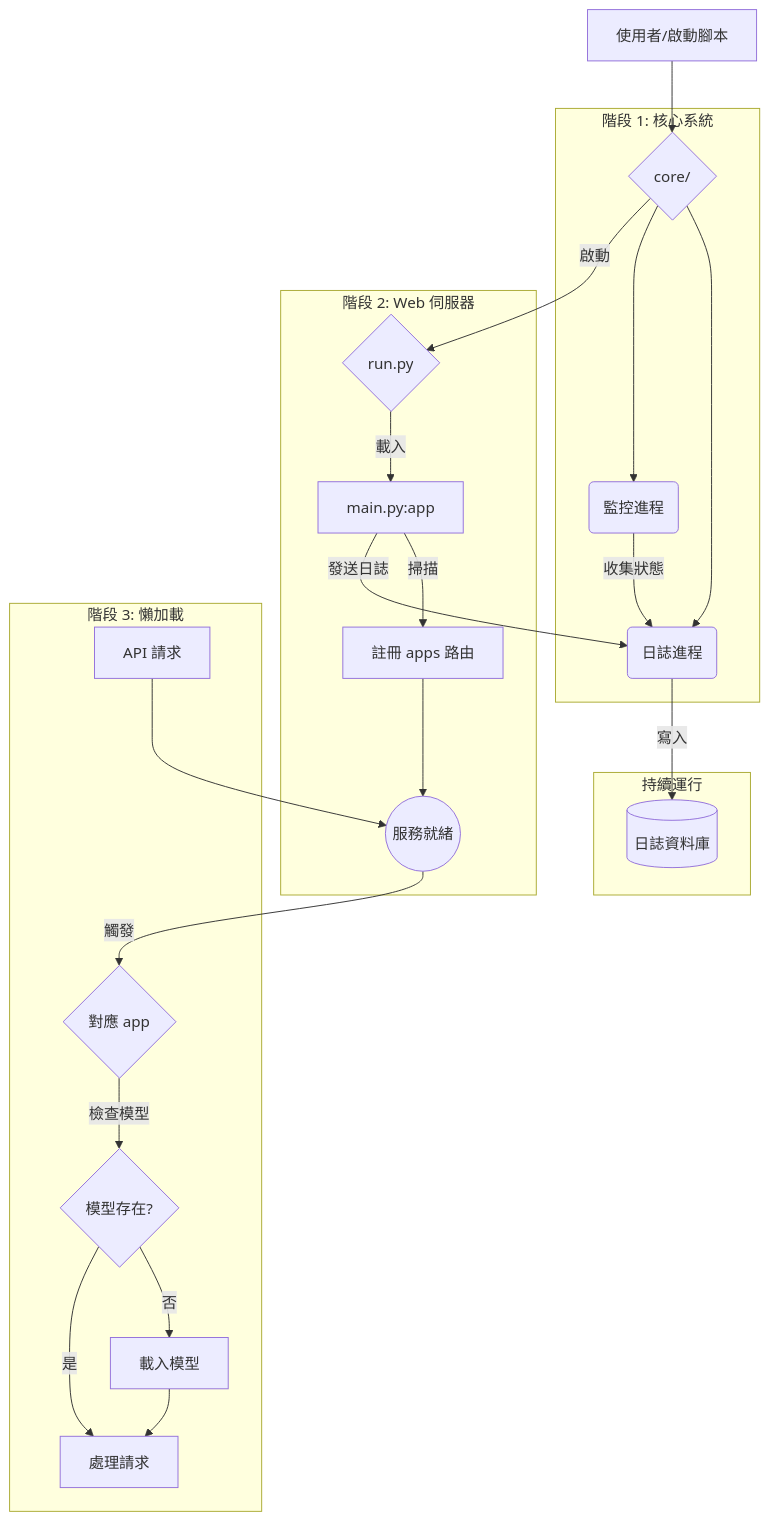
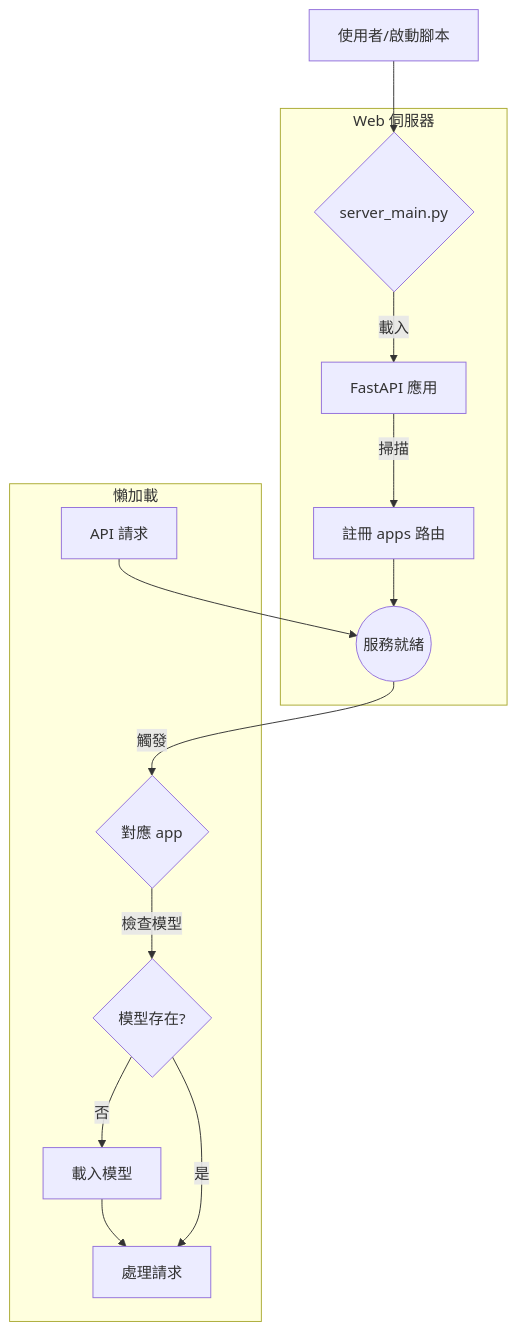
Before and after one commit to hsp1234-web/0721_web: the first of 2 diagrams in ARCHITECTURE.md, drawn with Mermaid. The commit also changed other lines of this file and 15 other files, not shown here.

````diff
--- a/ARCHITECTURE.md
+++ b/ARCHITECTURE.md
@@ -43,31 +39,19 @@
 ```mermaid
 graph TD
-    A[使用者/啟動腳本] --> B{core/};
+    A[使用者/啟動腳本] --> B{server_main.py};
 
-    subgraph 階段 1: 核心系統
-        B --> C(日誌進程);
-        B --> D(監控進程);
+    subgraph Web 伺服器
+        B -- 載入 --> C[FastAPI 應用];
+        C -- 掃描 --> D[註冊 apps 路由];
+        D --> E((服務就緒));
     end
 
-    subgraph 階段 2: Web 伺服器
-        B -- 啟動 --> E{run.py};
-        E -- 載入 --> F[main.py:app];
-        F -- 掃描 --> G[註冊 apps 路由];
-        G --> H((服務就緒));
-    end
-
-    subgraph 持續運行
-        C -- 寫入 --> J[(日誌資料庫)];
-        D -- 收集狀態 --> C;
-        F -- 發送日誌 --> C;
-    end
-
-    subgraph 階段 3: 懶加載
-        K[API 請求] --> H;
-        H -- 觸發 --> L{對應 app};
-        L -- 檢查模型 --> M{模型存在?};
-        M -- 否 --> N[載入模型];
-        N --> O[處理請求];
-        M -- 是 --> O;
+    subgraph 懶加載
+        F[API 請求] --> E;
+        E -- 觸發 --> G{對應 app};
+        G -- 檢查模型 --> H{模型存在?};
+        H -- 否 --> I[載入模型];
+        I --> J[處理請求];
+        H -- 是 --> J;
     end
 ```
````
